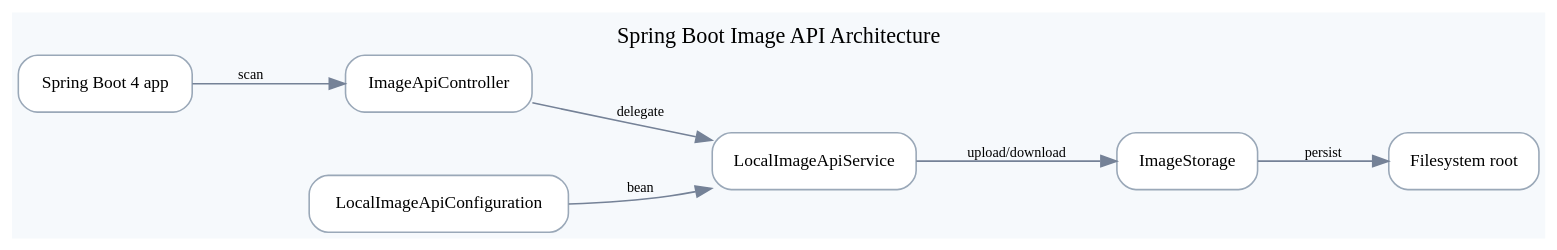
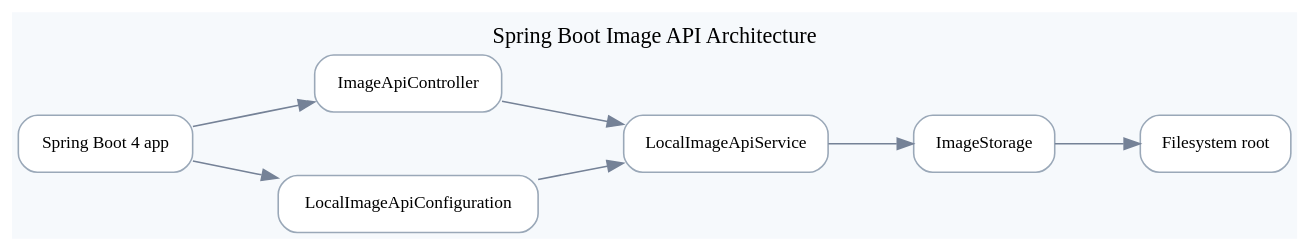
Before and after one commit to bluetape4k/bluetape4k-image: the diagram in docs/images/readme-diagrams/examples-spring-boot-image-api-architecture-01.dot, drawn with Graphviz. The commit also changed 47 other files, not shown here.

First line of the commit message:
docs: make README diagrams readable at rendered size

```diff
--- a/docs/images/readme-diagrams/examples-spring-boot-image-api-architecture-01.dot
+++ b/docs/images/readme-diagrams/examples-spring-boot-image-api-architecture-01.dot
@@ -1,18 +1,19 @@
 digraph G {
   graph [rankdir=LR, bgcolor="#F6F9FC", margin=0.18, nodesep=0.55, ranksep=0.75];
   node [shape=box, style="rounded,filled", fillcolor="#FFFFFF", color="#9AA8B8", fontname="Comic Mono", fontsize=11];
   edge [color="#758297", fontname="Comic Mono", fontsize=9];
   label="Spring Boot Image API Architecture";
   labelloc="t";
   "boot" [label="Spring Boot 4 app"];
   "controller" [label="ImageApiController"];
   "config" [label="LocalImageApiConfiguration"];
   "service" [label="LocalImageApiService"];
   "storage" [label="ImageStorage"];
   "files" [label="Filesystem root"];
-  "boot" -> "controller" [label="scan"];
-  "config" -> "service" [label="bean"];
-  "controller" -> "service" [label="delegate"];
-  "service" -> "storage" [label="upload/download"];
-  "storage" -> "files" [label="persist"];
+  "boot" -> "controller" [label=""];
+  "boot" -> "config" [label=""];
+  "controller" -> "service" [label=""];
+  "config" -> "service" [label=""];
+  "service" -> "storage" [label=""];
+  "storage" -> "files" [label=""];
 }
```
